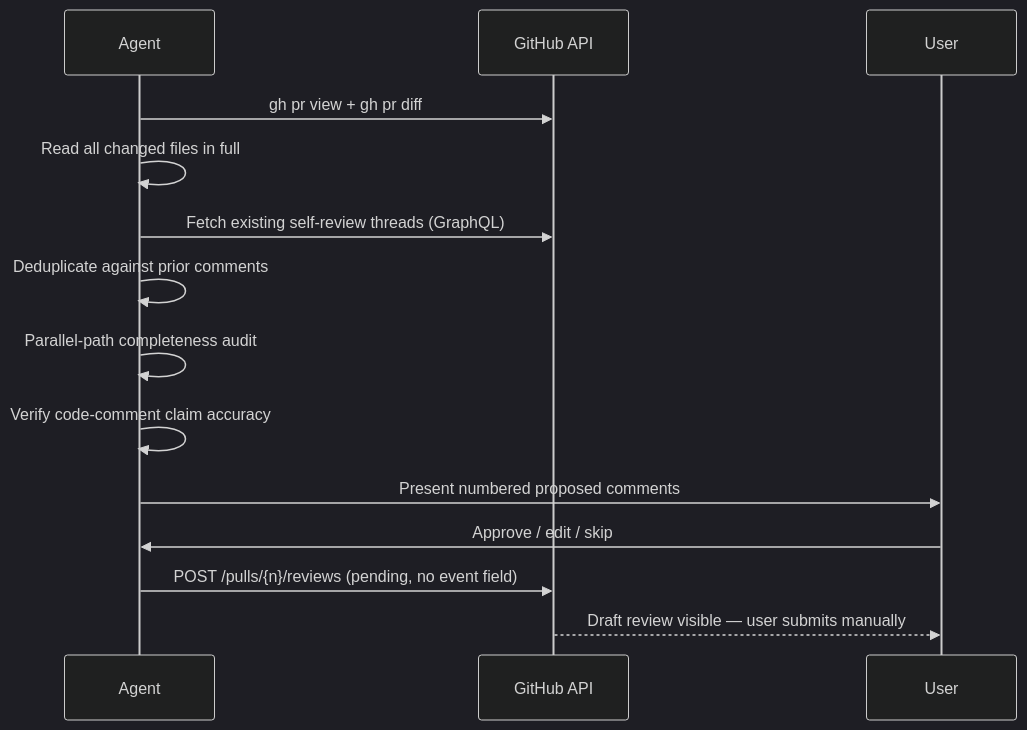
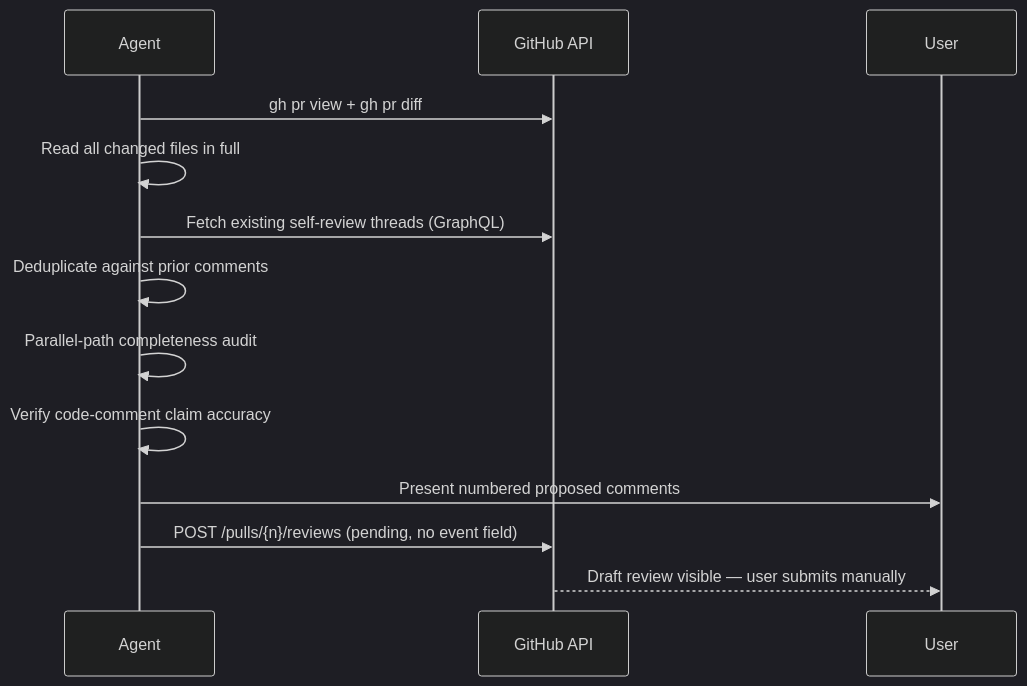
One commit to whizzzkid/skills changed the diagram in skills/self-review/README.md. Above: the diagram before and after it, drawn with Mermaid (dark theme). The commit also changed other lines of this file and 4 other files, not shown here.

````diff
--- a/skills/self-review/README.md
+++ b/skills/self-review/README.md
@@ -16,17 +16,16 @@
 ```mermaid
 sequenceDiagram
     participant A as Agent
     participant GH as GitHub API
     participant U as User
 
     A->>GH: gh pr view + gh pr diff
     A->>A: Read all changed files in full
     A->>GH: Fetch existing self-review threads (GraphQL)
     A->>A: Deduplicate against prior comments
     A->>A: Parallel-path completeness audit
     A->>A: Verify code-comment claim accuracy
     A->>U: Present numbered proposed comments
-    U->>A: Approve / edit / skip
     A->>GH: POST /pulls/{n}/reviews (pending, no event field)
     GH-->>U: Draft review visible — user submits manually
 ```
````
